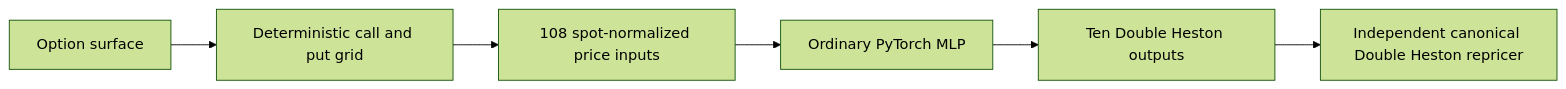
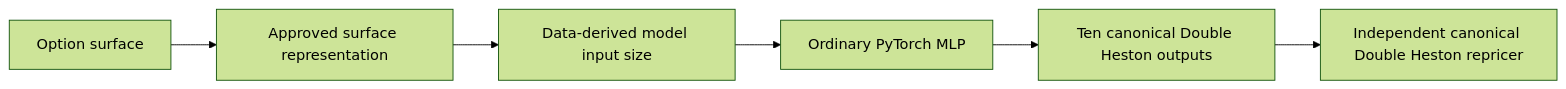
The diagram in docs/ARCHITECTURE.md (virajchoudhary/double-heston-inverse-calibration), drawn with Mermaid (forest theme) before and after one commit. The commit also changed other lines of this file and 4 other files, not shown here.

````diff
--- a/docs/ARCHITECTURE.md
+++ b/docs/ARCHITECTURE.md
@@ -5,8 +11,8 @@
 ```mermaid
 flowchart LR
-    A["Option surface"] --> B["Deterministic call and put grid"]
-    B --> C["108 spot-normalized price inputs"]
+    A["Option surface"] --> B["Approved surface representation"]
+    B --> C["Data-derived model input size"]
     C --> D["Ordinary PyTorch MLP"]
-    D --> E["Ten Double Heston outputs"]
+    D --> E["Ten canonical Double Heston outputs"]
     E --> F["Independent canonical Double Heston repricer"]
 ```
````
